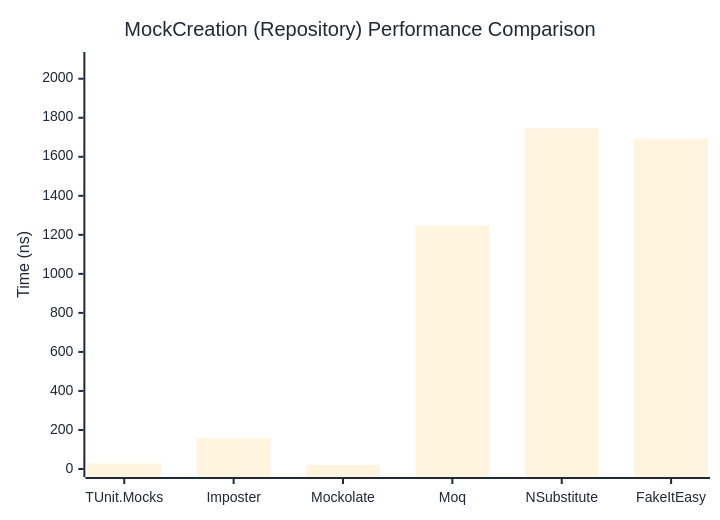
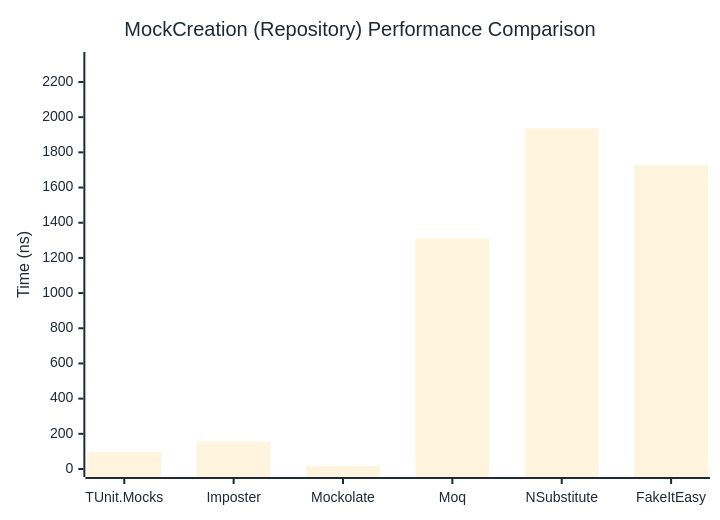
One commit to thomhurst/TUnit changed the second of 2 diagrams in docs/docs/benchmarks/mocks/MockCreation.md. Above: the diagram before and after it, drawn with Mermaid. The commit also changed other lines of this file and 14 other files, not shown here.

````diff
--- a/docs/docs/benchmarks/mocks/MockCreation.md
+++ b/docs/docs/benchmarks/mocks/MockCreation.md
@@ -71,27 +71,27 @@
 ```mermaid
 %%{init: {
   'theme':'base',
   'themeVariables': {
     'primaryColor': '#2563eb',
     'primaryTextColor': '#1f2937',
     'primaryBorderColor': '#1e40af',
     'lineColor': '#6b7280',
     'secondaryColor': '#7c3aed',
     'tertiaryColor': '#dc2626',
     'background': '#ffffff',
     'pie1': '#2563eb',
     'pie2': '#7c3aed',
     'pie3': '#dc2626',
     'pie4': '#f59e0b',
     'pie5': '#10b981',
     'pie6': '#06b6d4',
     'pie7': '#ec4899',
     'pie8': '#6366f1'
   }
 }}%%
 xychart-beta
   title "MockCreation (Repository) Performance Comparison"
   x-axis ["TUnit.Mocks", "Imposter", "Mockolate", "Moq", "NSubstitute", "FakeItEasy"]
-  y-axis "Time (ns)" 0 --> 2096
-  bar [29.54, 158.39, 21.31, 1247.71, 1746.47, 1693.17]
+  y-axis "Time (ns)" 0 --> 2325
+  bar [95.78, 155.49, 17.76, 1309.32, 1936.82, 1727.69]
 ```
````
